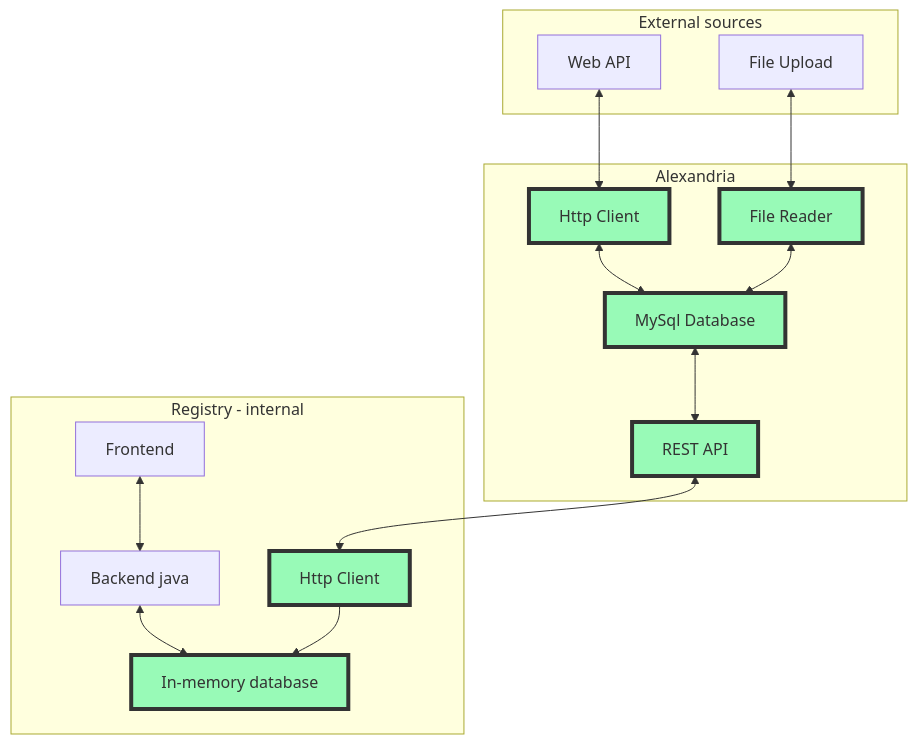
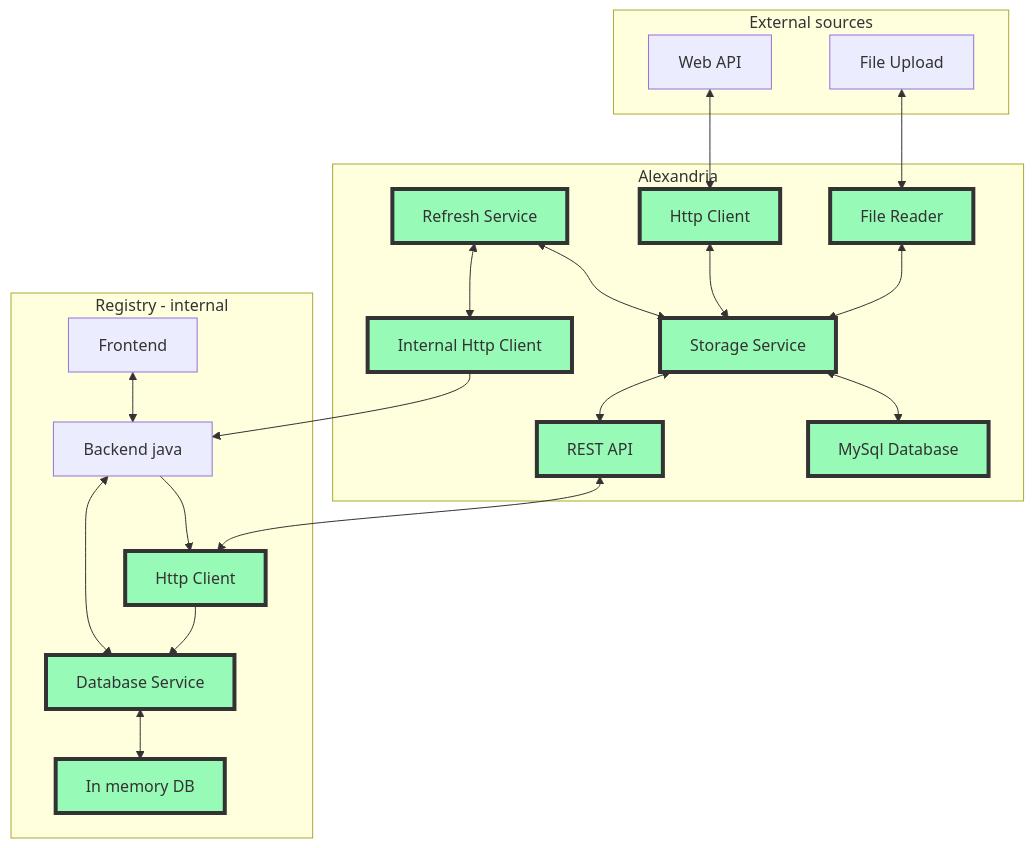
Before and after one commit to krined-dev/alexandria: the diagram in docs/Forprosjekt.md, drawn with Mermaid. The commit also changed other lines of this file, not shown here.

Commit message:
Started describing core structure and functionality of the application. How we can seperate logic into different services and how those services interact internally and externally through HTTP klients

````diff
--- a/docs/Forprosjekt.md
+++ b/docs/Forprosjekt.md
@@ -69,25 +76,34 @@
 ```mermaid
-
-
 flowchart TB
     subgraph Registry[Registry - internal]
-    jsp[Frontend]<-->backend[Backend java]<-->db[In-memory database ]
+    jsp[Frontend]<-->backend[Backend java]<-->db[Database Service]
+    db<-->realDb[In memory DB]
     http[Http Client]-->db
+    backend-->http
     end
     subgraph Alexandria
     alex[REST API]<-->http
-    alexDb[MySql Database]<-->alex
-    alexHttp[Http Client]<-->alexDb
-    alexFileReader[File Reader]<-->alexDb
+    alexDb[MySql Database]
+    alexRepository[Storage Service]<-->alex
+    alexRepository<-->alexDb
+    alexRefreshService[Refresh Service]<-->alexRepository
+    alexRefreshService<-->alexHttp2
+    alexHttp[Http Client]<-->alexRepository
+    alexHttp2[Internal Http Client]-->backend
+    alexFileReader[File Reader]<-->alexRepository
     end
     subgraph External[External sources]
     fileUpload[File Upload]<-->alexFileReader
     API[Web API]<-->alexHttp
     end
     style alex fill:#98fab7,stroke:#333,stroke-width:4px
+    style realDb fill:#98fab7,stroke:#333,stroke-width:4px
+    style alexRepository fill:#98fab7,stroke:#333,stroke-width:4px
     style alexDb fill:#98fab7,stroke:#333,stroke-width:4px
+    style alexRefreshService fill:#98fab7,stroke:#333,stroke-width:4px
     style alexHttp fill:#98fab7,stroke:#333,stroke-width:4px
+    style alexHttp2 fill:#98fab7,stroke:#333,stroke-width:4px
     style alexFileReader fill:#98fab7,stroke:#333,stroke-width:4px
     style http fill:#98fab7,stroke:#333,stroke-width:4px
     style db fill:#98fab7,stroke:#333,stroke-width:4px
 ```
````
